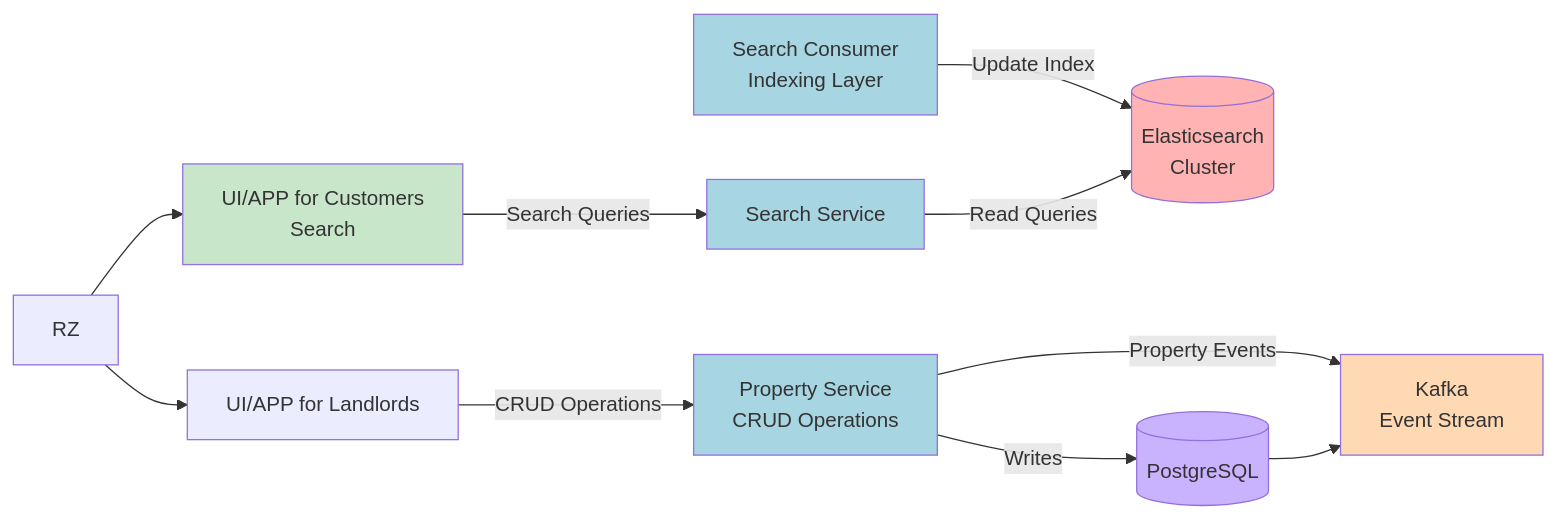
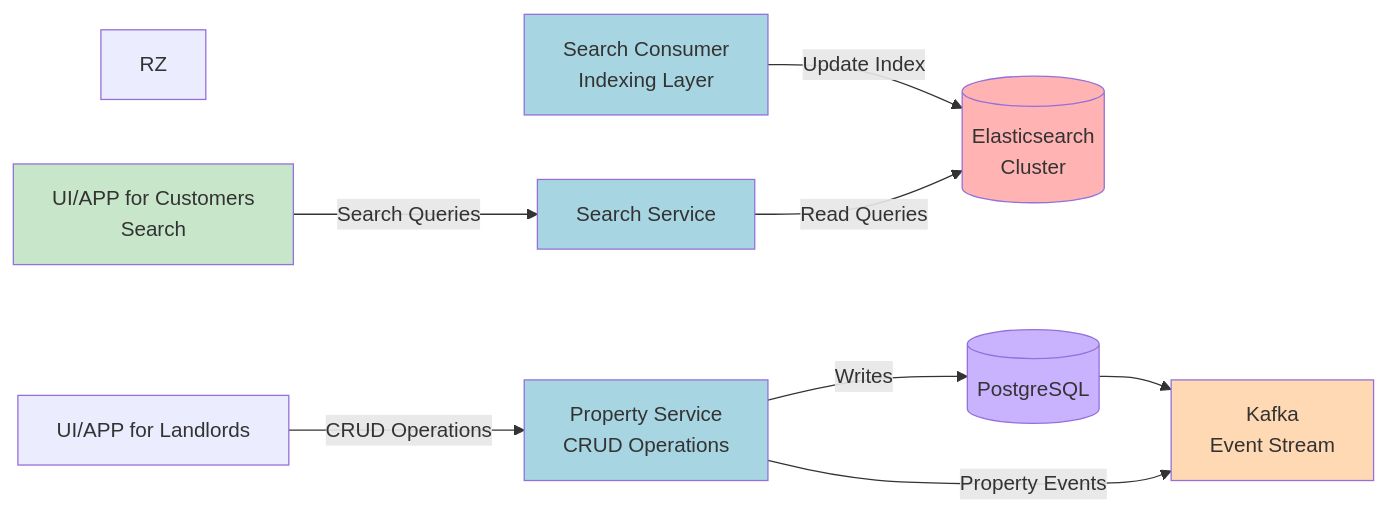
The first of 2 diagrams in README.md (AdilAbubacker/rentezy_frontend), drawn with Mermaid before and after one commit.

````diff
--- a/README.md
+++ b/README.md
@@ -18,34 +18,33 @@
 ```mermaid
 graph LR
     RZ[RZ]
     LUI[UI/APP for Landlords]
     UI[UI/APP for Customers<br/>Search]
     SC[Search Consumer<br/>Indexing Layer]
 
-    RZ -->LUI
-    RZ --> UI
+
     LUI -->|CRUD Operations| PS[Property Service<br/>CRUD Operations]
     UI -->|Search Queries| SS[Search Service]
 
     
     PS -->|Writes| DB[(PostgreSQL)]
     DB --> K
     PS -->|Property Events| K[Kafka<br/>Event Stream]
     
 
     SS -->|Read Queries| ES[(Elasticsearch<br/>Cluster)]
 
     
     SC -->|Update Index| ES
     
     
     
     
     style SS fill:#a8d5e2
     style PS fill:#a8d5e2
     style SC fill:#a8d5e2
     style ES fill:#ffb3b3
     style K fill:#ffd9b3
     style DB fill:#c9b3ff
     style UI fill:#c8e6c9
 ```
````
